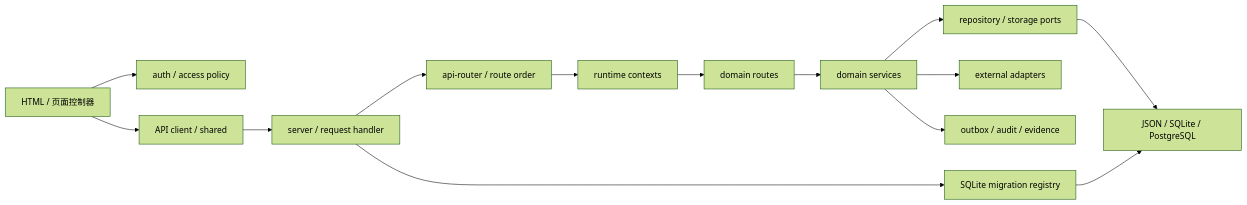
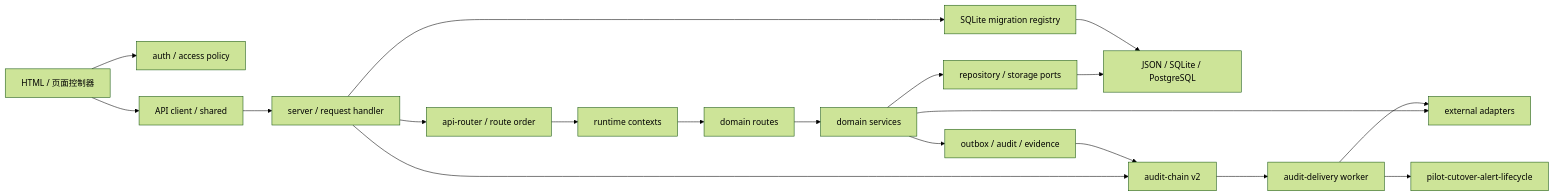
One commit to xujiann/chronic-care-platform changed the diagram in DEPENDENCY_MAP.md. Above: the diagram before and after it, drawn with Mermaid (forest theme). The commit also changed other lines of this file and 65 other files, not shown here.

````diff
--- a/DEPENDENCY_MAP.md
+++ b/DEPENDENCY_MAP.md
@@ -7,16 +7,21 @@
 ```mermaid
 flowchart LR
   UI["HTML / 页面控制器"] --> AUTH["auth / access policy"]
   UI --> CLIENT["API client / shared"]
   CLIENT --> HTTP["server / request handler"]
   HTTP --> ROUTER["api-router / route order"]
   ROUTER --> CTX["runtime contexts"]
   CTX --> ROUTES["domain routes"]
   ROUTES --> DOMAIN["domain services"]
   DOMAIN --> REPO["repository / storage ports"]
   REPO --> STORE["JSON / SQLite / PostgreSQL"]
   HTTP --> MIG["SQLite migration registry"]
   MIG --> STORE
   DOMAIN --> EXT["external adapters"]
   DOMAIN --> EVT["outbox / audit / evidence"]
+  HTTP --> AUDIT["audit-chain v2"]
+  EVT --> AUDIT
+  AUDIT --> ADEL["audit-delivery worker"]
+  ADEL --> ALERT["pilot-cutover-alert-lifecycle"]
+  ADEL --> EXT
 ```
````
